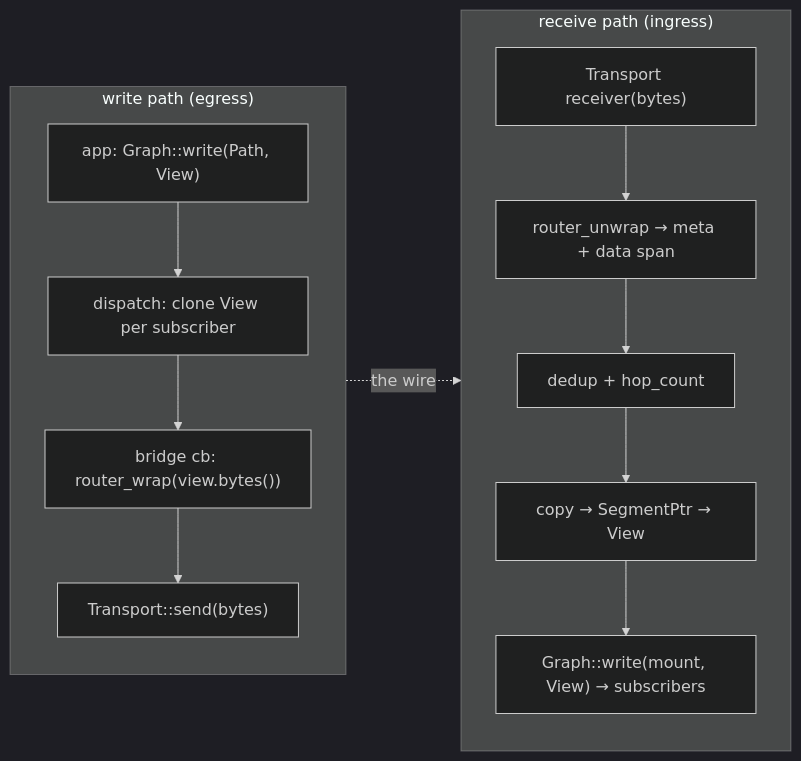
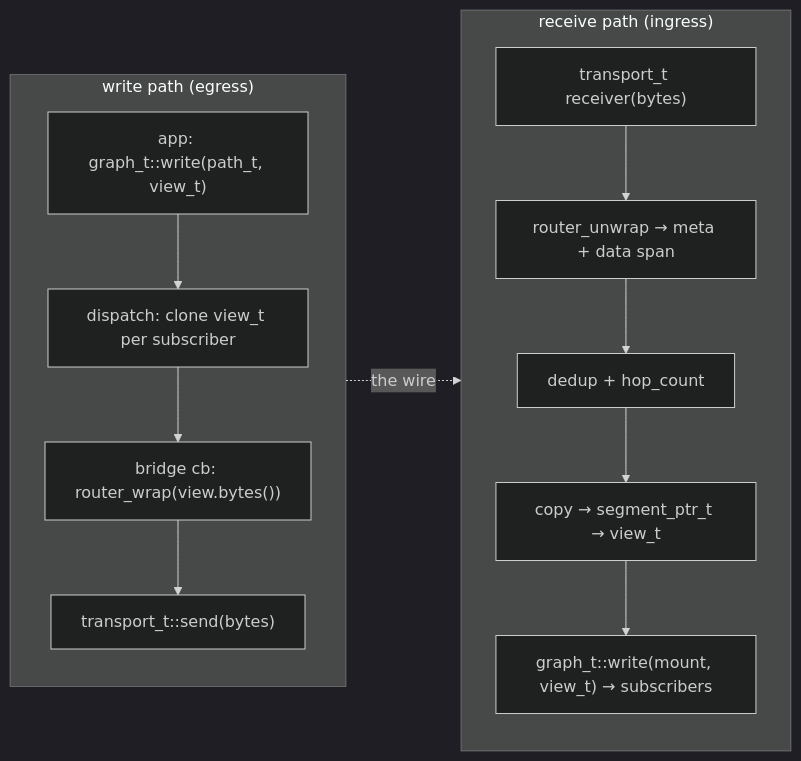
One commit to avatarsd-llc/libtracer changed the second of 2 diagrams in docs/modules/interface-map.md. Above: the diagram before and after it, drawn with Mermaid (dark theme). The commit also changed other lines of this file and 64 other files, not shown here.

````diff
--- a/docs/modules/interface-map.md
+++ b/docs/modules/interface-map.md
@@ -50,17 +50,17 @@
 ```{mermaid}
 flowchart LR
     subgraph egress["write path (egress)"]
         direction TB
-        W1["app: Graph::write(Path, View)"] --> W2["dispatch: clone View per subscriber"]
+        W1["app: graph_t::write(path_t, view_t)"] --> W2["dispatch: clone view_t per subscriber"]
         W2 --> W3["bridge cb: router_wrap(view.bytes())"]
-        W3 --> W4["Transport::send(bytes)"]
+        W3 --> W4["transport_t::send(bytes)"]
     end
     subgraph ingress["receive path (ingress)"]
         direction TB
-        R1["Transport receiver(bytes)"] --> R2["router_unwrap → meta + data span"]
+        R1["transport_t receiver(bytes)"] --> R2["router_unwrap → meta + data span"]
         R2 --> R3["dedup + hop_count"]
-        R3 --> R4["copy → SegmentPtr → View"]
-        R4 --> R5["Graph::write(mount, View) → subscribers"]
+        R3 --> R4["copy → segment_ptr_t → view_t"]
+        R4 --> R5["graph_t::write(mount, view_t) → subscribers"]
     end
     egress -. "the wire" .-> ingress
 ```
````
